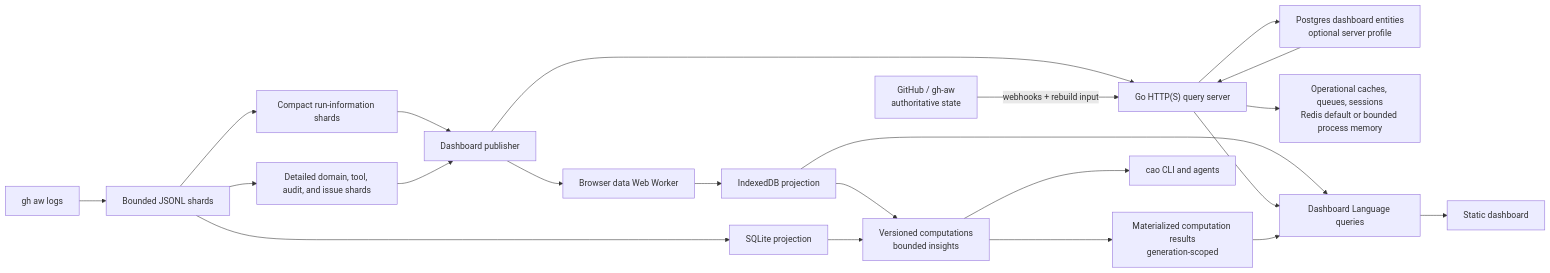
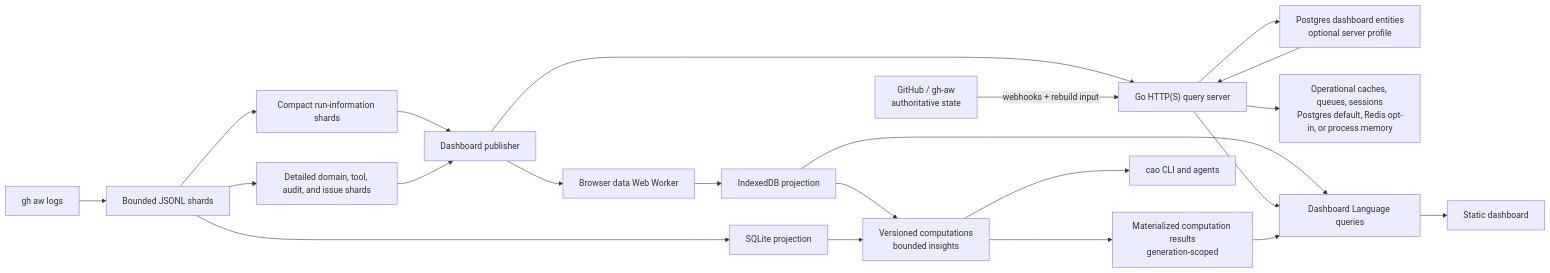
The second of 2 diagrams in ARCHITECTURE.md (githubnext/gh-aw-cao), drawn with Mermaid before and after one commit. The commit also changed other lines of this file and 48 other files, not shown here.

First line of the commit message:
feat(server): default operational services to PostgreSQL

````diff
--- a/ARCHITECTURE.md
+++ b/ARCHITECTURE.md
@@ -80,37 +80,37 @@
 ```mermaid
 flowchart LR
     Logs["gh aw logs"]
     Shards["Bounded JSONL shards"]
     Runs["Compact run-information shards"]
     Records["Detailed domain, tool, audit, and issue shards"]
     SQLite["SQLite projection"]
     Publisher["Dashboard publisher"]
     Worker["Browser data Web Worker"]
     IndexedDB["IndexedDB projection"]
     Postgres["Postgres dashboard entities<br/>optional server profile"]
-    Redis["Operational caches, queues, sessions<br/>Redis default or bounded process memory"]
+    Redis["Operational caches, queues, sessions<br/>Postgres default, Redis opt-in, or process memory"]
     Query["Dashboard Language queries"]
     GoServer["Go HTTP(S) query server"]
     GitHub["GitHub / gh-aw<br/>authoritative state"]
     Compute["Versioned computations<br/>bounded insights"]
     Results["Materialized computation results<br/>generation-scoped"]
     UI["Static dashboard"]
     CLI["cao CLI and agents"]
 
     Logs --> Shards
     Shards --> SQLite
     Shards --> Runs
     Shards --> Records
     Runs --> Publisher
     Records --> Publisher --> Worker
     Worker --> IndexedDB
     IndexedDB --> Query
     Publisher --> GoServer --> Postgres
     GitHub -->|"webhooks + rebuild input"| GoServer
     GoServer --> Redis
     Postgres --> GoServer --> Query
     IndexedDB --> Compute --> Results --> Query
     SQLite --> Compute
     Query --> UI
     Compute --> CLI
 ```
````
